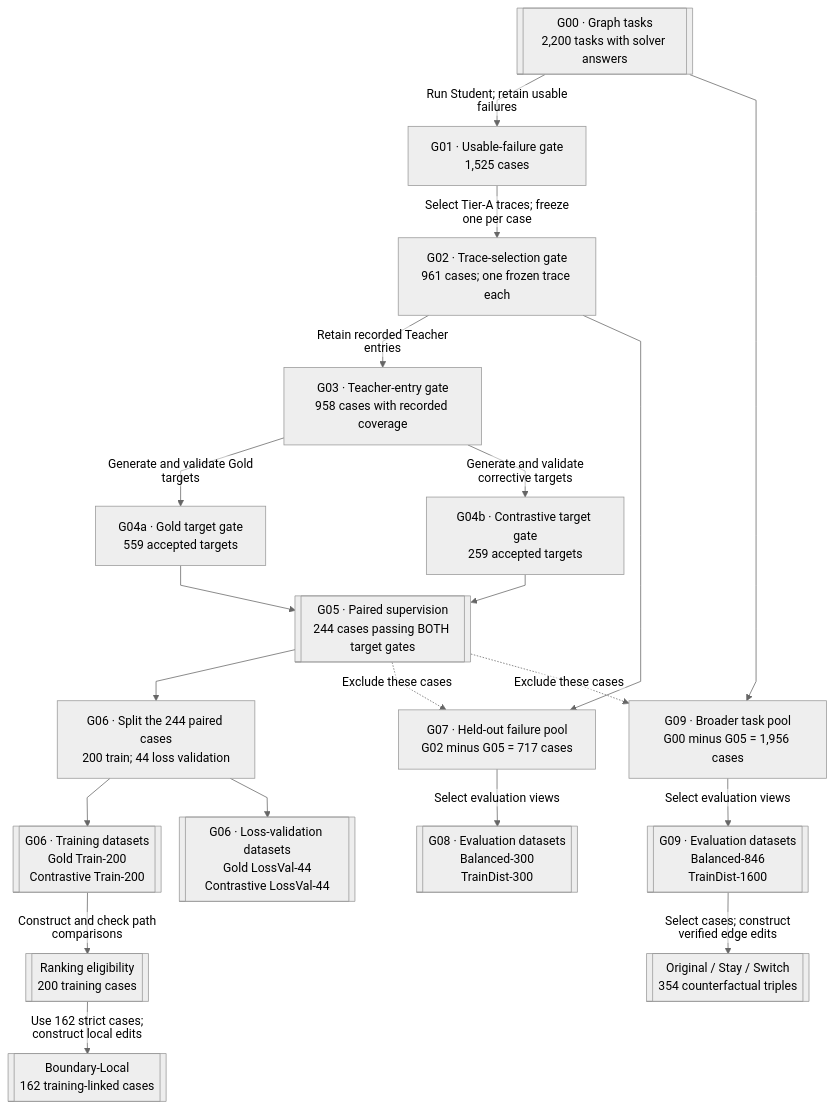
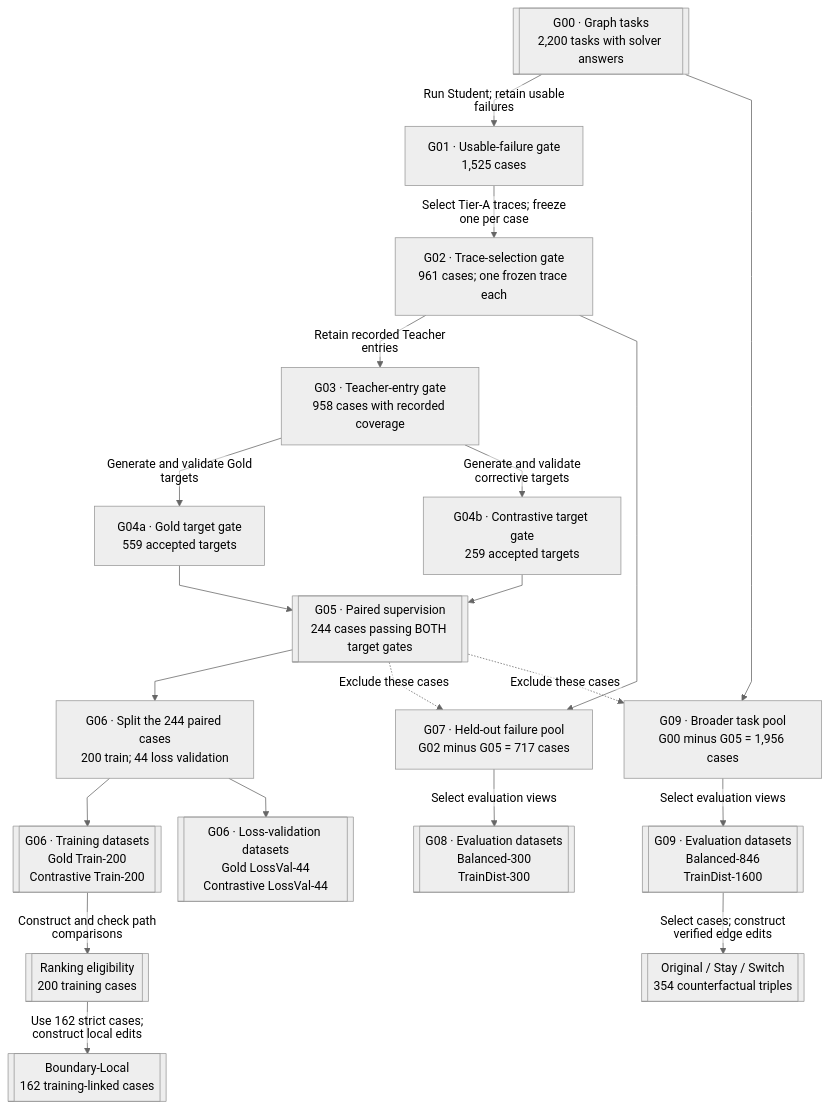
One commit to MinervaCyy/PathFACT changed the diagram in README.md. Above: the diagram before and after it, drawn with Mermaid.

Commit message:
Update node spacing in README mermaid diagram
Adjust node spacing in mermaid diagram configuration.

````diff
--- a/README.md
+++ b/README.md
@@ -15,71 +15,71 @@
 ```mermaid
-%%{init: {"theme": "neutral", "flowchart": {"htmlLabels": false, "curve": "linear", "nodeSpacing": 24, "rankSpacing": 28}}}%%
+%%{init: {"theme": "neutral", "flowchart": {"htmlLabels": false, "curve": "linear", "nodeSpacing": 22, "rankSpacing": 28}}}%%
 flowchart TB
 
     %% CONSTRUCTION BACKBONE
 
     G00[["G00 · Graph tasks<br/>2,200 tasks with solver answers"]]
 
     G01["G01 · Usable-failure gate<br/>1,525 cases"]
     G02["G02 · Trace-selection gate<br/>961 cases; one frozen trace each"]
     G03["G03 · Teacher-entry gate<br/>958 cases with recorded coverage"]
 
     G04A["G04a · Gold target gate<br/>559 accepted targets"]
     G04B["G04b · Contrastive target gate<br/>259 accepted targets"]
 
     G05[["G05 · Paired supervision<br/>244 cases passing BOTH target gates"]]
 
     G00 -->|"Run Student; retain usable failures"| G01
     G01 -->|"Select Tier-A traces; freeze one per case"| G02
     G02 -->|"Retain recorded Teacher entries"| G03
 
     G03 -->|"Generate and validate Gold targets"| G04A
     G03 -->|"Generate and validate corrective targets"| G04B
 
     G04A --> G05
     G04B --> G05
 
     %% G06: MATCHED TRAINING AND LOSS-VALIDATION DATA
 
     G06["G06 · Split the 244 paired cases<br/>200 train; 44 loss validation"]
 
     TRAIN[["G06 · Training datasets<br/>Gold Train-200<br/>Contrastive Train-200"]]
 
     VAL[["G06 · Loss-validation datasets<br/>Gold LossVal-44<br/>Contrastive LossVal-44"]]
 
     G05 --> G06
     G06 --> TRAIN
     G06 --> VAL
 
     %% EVALUATION: TWO DIFFERENT SOURCE POOLS
 
     G07["G07 · Held-out failure pool<br/>G02 minus G05 = 717 cases"]
 
     POOL09["G09 · Broader task pool<br/>G00 minus G05 = 1,956 cases"]
 
     G08[["G08 · Evaluation datasets<br/>Balanced-300<br/>TrainDist-300"]]
 
     G09[["G09 · Evaluation datasets<br/>Balanced-846<br/>TrainDist-1600"]]
 
     G02 --> G07
     G05 -.->|"Exclude these cases"| G07
 
     G00 --> POOL09
     G05 -.->|"Exclude these cases"| POOL09
 
     G07 -->|"Select evaluation views"| G08
     POOL09 -->|"Select evaluation views"| G09
 
     %% DERIVED DATA: CONNECT TO THE CORRECT PARENTS
 
     RANK[["Ranking eligibility<br/>200 training cases"]]
 
     BOUNDARY[["Boundary-Local<br/>162 training-linked cases"]]
 
     CF[["Original / Stay / Switch<br/>354 counterfactual triples"]]
 
     TRAIN -->|"Construct and check path comparisons"| RANK
     RANK -->|"Use 162 strict cases; construct local edits"| BOUNDARY
 
     G09 -->|"Select cases; construct verified edge edits"| CF
 ```
````
